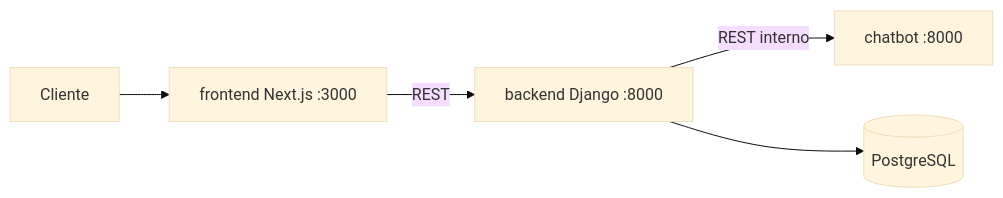
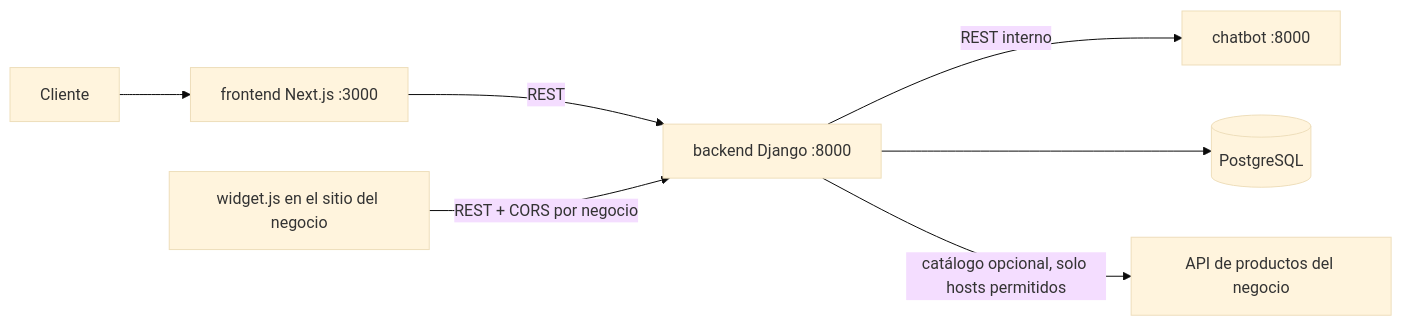
Before and after one commit to Dikey2/Chatbot-BlackDogStore-Cloud: the diagram in docs/ARQUITECTURA.md, drawn with Mermaid (base theme). The commit also changed other lines of this file, not shown here.

Commit message:
docs: update architecture for the multi-tenant platform and the 100% delivery

````diff
--- a/docs/ARQUITECTURA.md
+++ b/docs/ARQUITECTURA.md
@@ -16,7 +31,9 @@
 ```mermaid
 flowchart LR
     C[Cliente] --> F[frontend Next.js :3000]
     F -->|REST| B[backend Django :8000]
     B -->|REST interno| H[chatbot :8000]
     B --> D[(PostgreSQL)]
+    W[widget.js en el sitio del negocio] -->|REST + CORS por negocio| B
+    B -->|catálogo opcional, solo hosts permitidos| K[API de productos del negocio]
 ```
````
